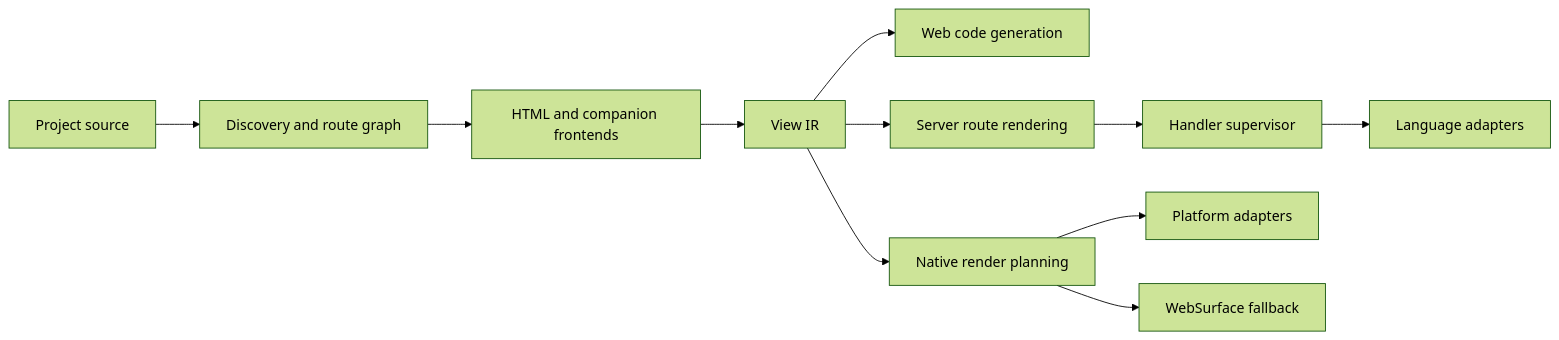
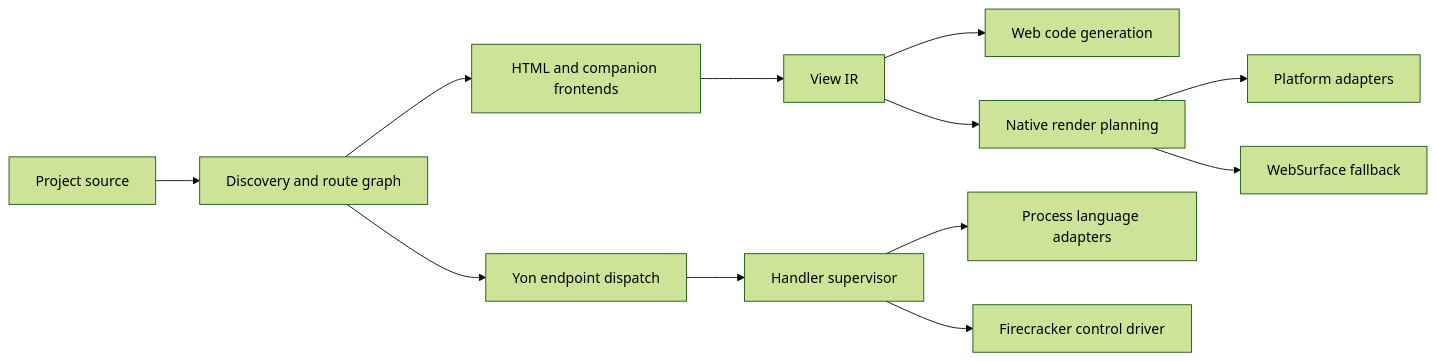
The first of 4 diagrams in docs/architecture/OVERVIEW.md (d31ma/Tachyon), drawn with Mermaid (forest theme) before and after one commit. The commit also changed other lines of this file and 172 other files, not shown here.

````diff
--- a/docs/architecture/OVERVIEW.md
+++ b/docs/architecture/OVERVIEW.md
@@ -8,13 +8,14 @@
 ```mermaid
 flowchart LR
     S["Project source"] --> D["Discovery and route graph"]
     D --> H["HTML and companion frontends"]
     H --> V["View IR"]
     V --> W["Web code generation"]
     V --> N["Native render planning"]
-    V --> R["Server route rendering"]
-    R --> P["Handler supervisor"]
-    P --> A["Language adapters"]
+    D --> P["Yon endpoint dispatch"]
+    P --> HS["Handler supervisor"]
+    HS --> A["Process language adapters"]
+    HS --> I["Firecracker control driver"]
     N --> PA["Platform adapters"]
     N --> F["WebSurface fallback"]
 ```
````
